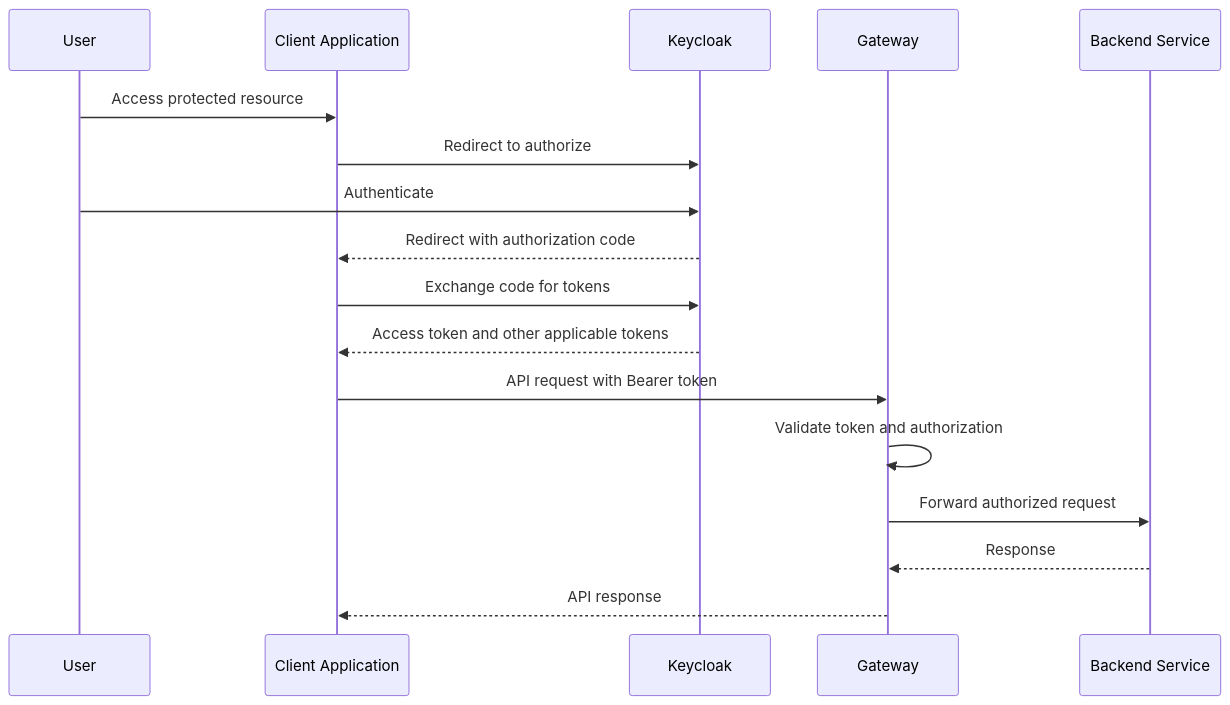
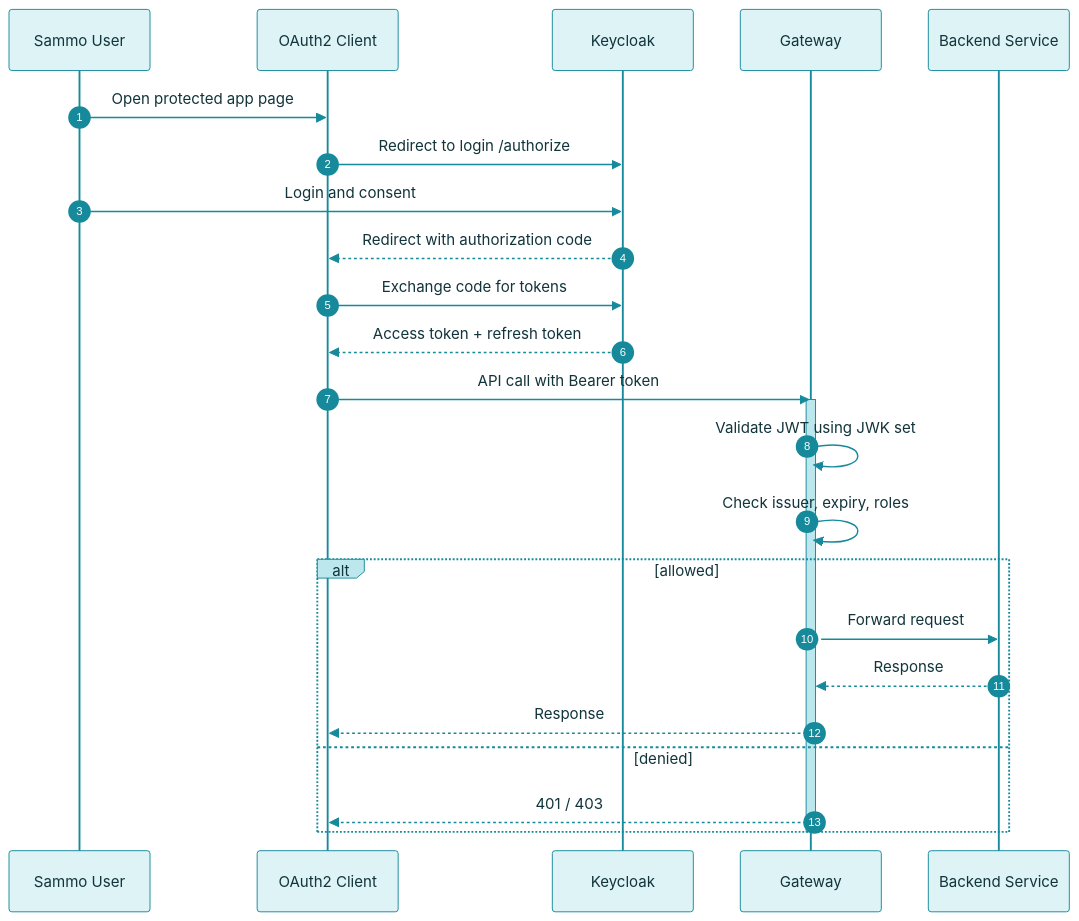
One commit to SoyaChunkz/MICROSERVICES changed the second of 3 diagrams in docs/keycloak-security.md. Above: the diagram before and after it, drawn with Mermaid. The commit also changed other lines of this file and 6 other files, not shown here.

````diff
--- a/docs/keycloak-security.md
+++ b/docs/keycloak-security.md
@@ -141,20 +177,53 @@
 ```mermaid
+%%{init: {
+  'theme': 'base',
+  'themeVariables': {
+    'primaryColor': '#DDF3F5',
+    'primaryTextColor': '#12343B',
+    'primaryBorderColor': '#168A9B',
+    'lineColor': '#168A9B',
+    'secondaryColor': '#BCE8ED',
+    'tertiaryColor': '#EFFAFA',
+    'actorBkg': '#DDF3F5',
+    'actorBorder': '#168A9B',
+    'actorTextColor': '#12343B',
+    'actorLineColor': '#168A9B',
+    'signalColor': '#168A9B',
+    'signalTextColor': '#12343B',
+    'labelBoxBkgColor': '#BCE8ED',
+    'labelBoxBorderColor': '#168A9B',
+    'labelTextColor': '#12343B',
+    'loopTextColor': '#12343B',
+    'activationBkgColor': '#BCE8ED',
+    'activationBorderColor': '#168A9B',
+    'sequenceNumberColor': '#FFFFFF',
+    'fontFamily': 'Arial, sans-serif'
+  }
+}}%%
 sequenceDiagram
-    participant User
-    participant Client as Client Application
+    autonumber
+    participant User as Sammo User
+    participant Client as OAuth2 Client
     participant KC as Keycloak
     participant GW as Gateway
     participant API as Backend Service
 
-    User->>Client: Access protected resource
-    Client->>KC: Redirect to authorize
-    User->>KC: Authenticate
+    User->>Client: Open protected app page
+    Client->>KC: Redirect to login /authorize
+    User->>KC: Login and consent
     KC-->>Client: Redirect with authorization code
     Client->>KC: Exchange code for tokens
-    KC-->>Client: Access token and other applicable tokens
-    Client->>GW: API request with Bearer token
-    GW->>GW: Validate token and authorization
-    GW->>API: Forward authorized request
-    API-->>GW: Response
-    GW-->>Client: API response
+    KC-->>Client: Access token + refresh token
+    Client->>GW: API call with Bearer token
+    activate GW
+    GW->>GW: Validate JWT using JWK set
+    GW->>GW: Check issuer, expiry, roles
+    alt allowed
+        GW->>API: Forward request
+        API-->>GW: Response
+        GW-->>Client: Response
+    else denied
+        GW-->>Client: 401 / 403
+    end
+    deactivate GW
 ```
````
